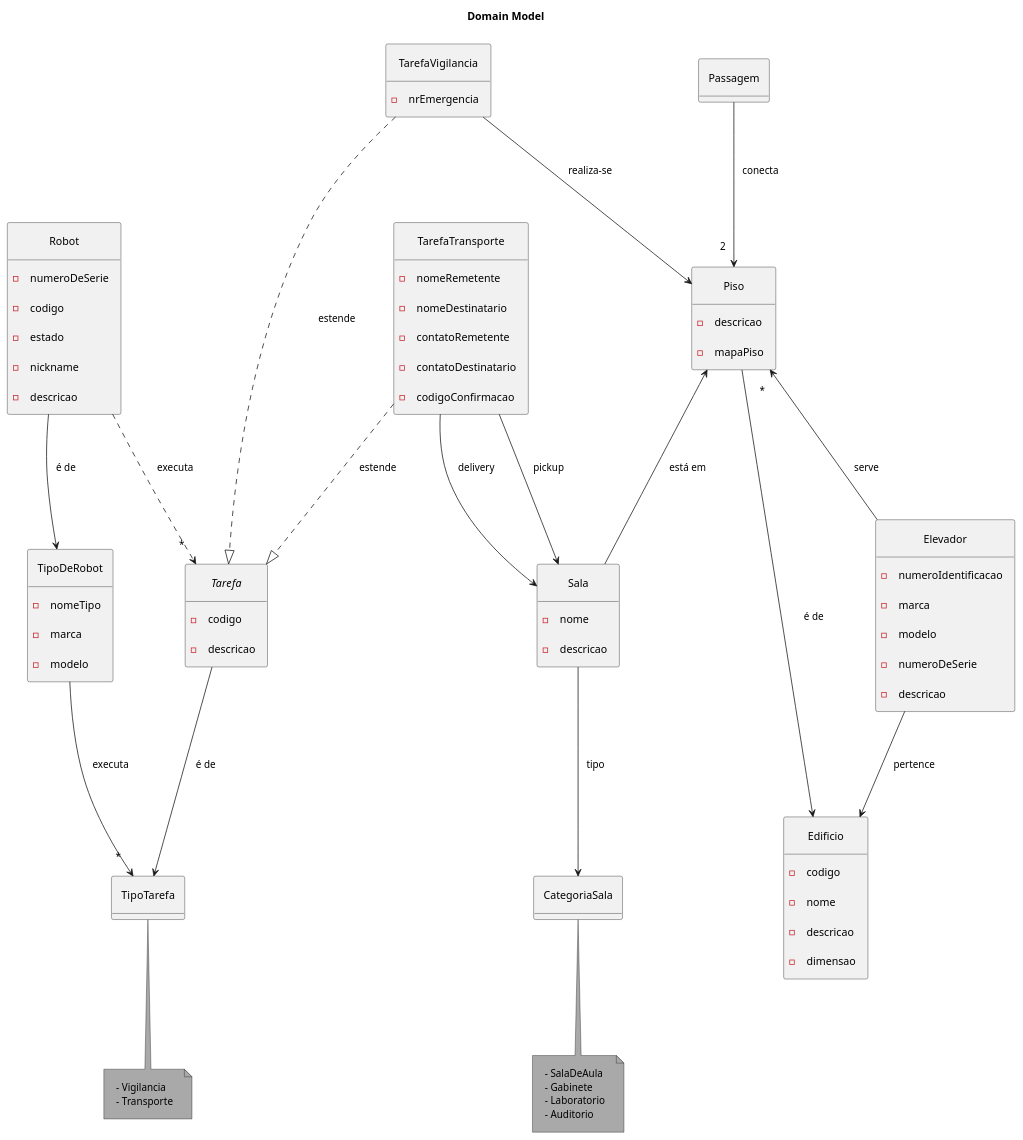
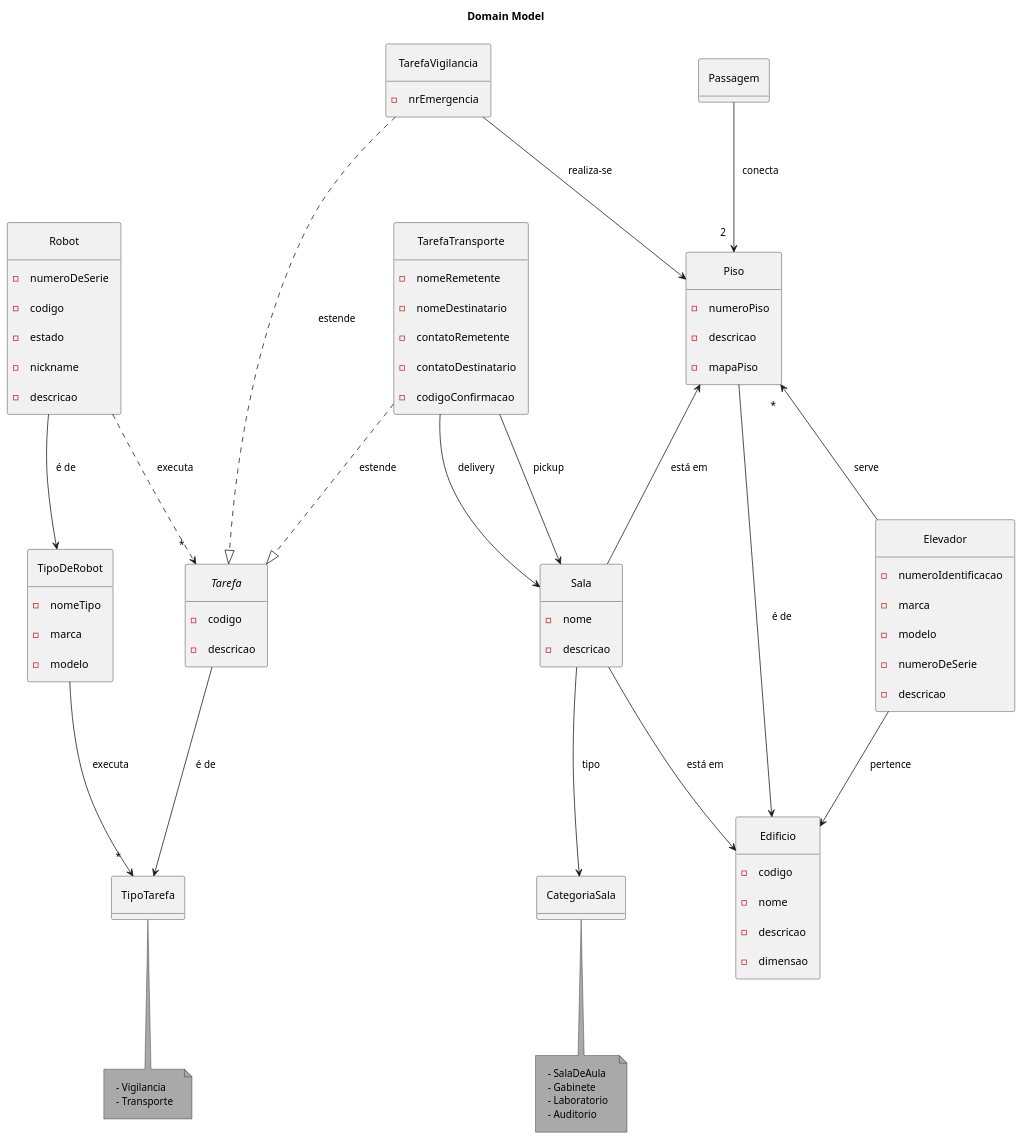
The diagram in docs/domainModel/pt/domainModel.puml (rpeir/LAPR5), drawn with PlantUML before and after one commit. The commit also changed 27 other files, not shown here.

```diff
--- a/docs/domainModel/pt/domainModel.puml
+++ b/docs/domainModel/pt/domainModel.puml
@@ -1,126 +1,128 @@
 @startuml Domain Model
 
 title "Domain Model"
 ' left to right direction
 ' top to bottom direction
 skinparam Padding 10
 skinparam Nodesep 80
 skinparam ranksep 100
 skinparam groupInheritance 1
 ' skinparam linetype ortho
 skinparam separation 1000
 skinparam NoteBackgroundColor #A9A9A9
 skinparam PackageStyle rectangle
 skinparam package {
     BackgroundColor #D3D3D3
     FontStyle bold
 }
 
 hide circle
 hide methods
 
     entity Robot {
         -numeroDeSerie
         -codigo
         -estado
         -nickname
         -descricao
     }
 
     entity TipoDeRobot {
         - nomeTipo
         - marca
         - modelo
     }
 
     enum TipoTarefa {
     }
     note bottom of TipoTarefa {
         - Vigilancia
         - Transporte
     }
 
     interface Tarefa {
         - codigo
         - descricao
 
     }
 
     entity TarefaVigilancia {
         - nrEmergencia
     }
 
     entity TarefaTransporte {
         - nomeRemetente
         - nomeDestinatario
         - contatoRemetente
         - contatoDestinatario
         - codigoConfirmacao
     }
 
     entity Edificio {
         - codigo
         - nome
         - descricao
         - dimensao
     }
 
     entity Piso {
+        - numeroPiso
         - descricao
         - mapaPiso
     }
 
     entity Elevador {
         - numeroIdentificacao
         - marca
         - modelo
         - numeroDeSerie
         - descricao
     }
 
 
     entity Sala {
         - nome
         - descricao
     }
 
     enum CategoriaSala
 
     note bottom of CategoriaSala {
         - SalaDeAula
         - Gabinete
         - Laboratorio
         - Auditorio
     }
 
     entity Passagem {
     }
 
 
 TarefaVigilancia ..|> Tarefa: estende
 TarefaTransporte ..|> Tarefa: estende
 
 Sala --> CategoriaSala: tipo
+Sala --> Edificio : está em
 
 TipoDeRobot --> "*" TipoTarefa: executa
 
 Piso --> Edificio: é de
 Piso "*" <-- Elevador : serve
 Piso <-- Sala: está em
 
 Elevador --> Edificio: pertence
 
 TarefaTransporte --> Sala: delivery
 TarefaTransporte --> Sala: pickup
 
 TarefaVigilancia --> Piso: realiza-se
 
 Passagem --> "2" Piso: conecta
 
 Robot --> TipoDeRobot : é de
 
 Tarefa --> TipoTarefa : é de
 
 Robot ..> "*" Tarefa : executa
 
 @enduml
```
